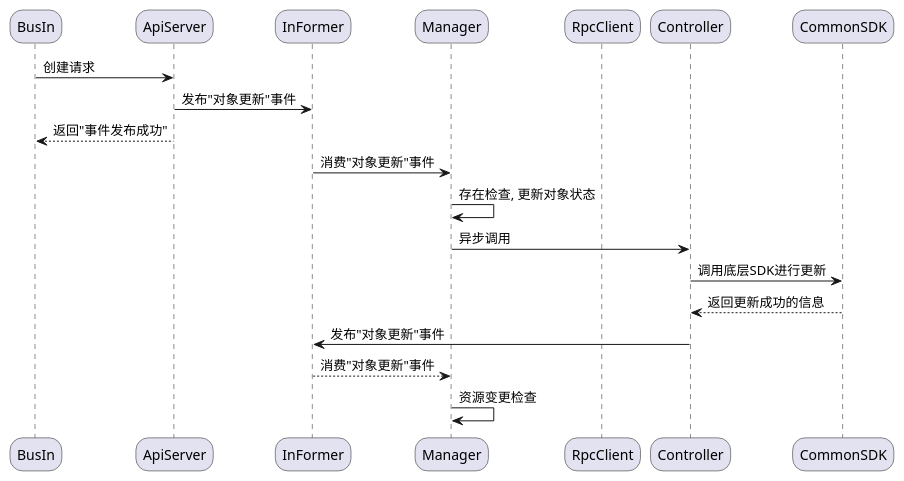
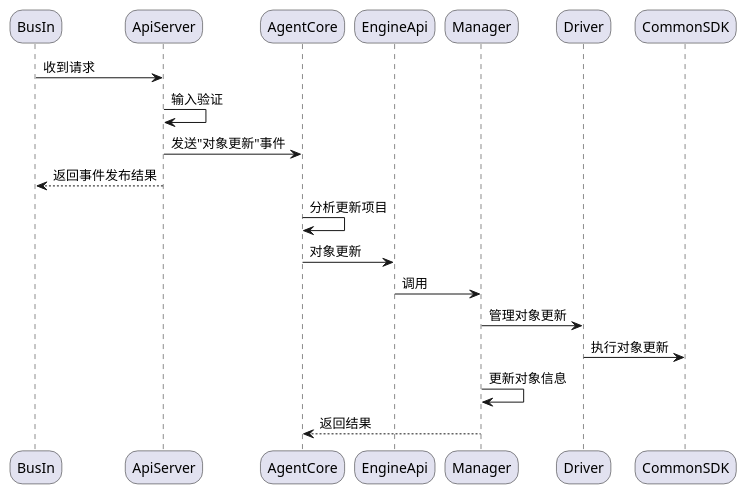
One commit to Faione/note changed the fifth of 7 diagrams in WorkNote/Agent设计v2/执行代理V0.2-重构-草稿-2.md. Above: the diagram before and after it, drawn with PlantUML. The commit also changed other lines of this file and 2 other files, not shown here.

Commit message:
update agent v0.2

````diff
--- a/WorkNote/Agent设计v2/执行代理V0.2-重构-草稿-2.md
+++ b/WorkNote/Agent设计v2/执行代理V0.2-重构-草稿-2.md
@@ -201,28 +209,27 @@
 ```plantuml
 @startuml
 skinparam roundCorner 25
 skinparam responseMessageBelowArrow true
 
 participant BusIn as f1
 participant ApiServer as f2
-participant InFormer as f3
-participant Manager as f4
-participant RpcClient as f5
-participant Controller as f6
+participant AgentCore as f3
+participant EngineApi as f4
+participant Manager as f5
+participant Driver as f6
 participant CommonSDK as f7
 
 
-f1    ->     f2  :创建请求
-f2    ->     f3  :发布"对象更新"事件
-f2   -->     f1  :返回"事件发布成功"
-f3    ->     f4  :消费"对象更新"事件
-f4    ->     f4  :存在检查, 更新对象状态
-f4    ->     f6  :异步调用
-f6    ->     f7  :调用底层SDK进行更新
-f7   -->     f6  :返回更新成功的信息
-f6    ->     f3  :发布"对象更新"事件
-f3   -->     f4  :消费"对象更新"事件
-f4    ->     f4  :资源变更检查
-
+f1    ->     f2  :收到请求
+f2    ->     f2  :输入验证
+f2    ->     f3  :发送"对象更新"事件
+f2    -->    f1  :返回事件发布结果
+f3    ->     f3  :分析更新项目
+f3    ->     f4  :对象更新
+f4    ->     f5  :调用
+f5    ->     f6  :管理对象更新
+f6    ->     f7  :执行对象更新
+f5    ->     f5  :更新对象信息
+f5   -->     f3  :返回结果
 @enduml
 ```
````
